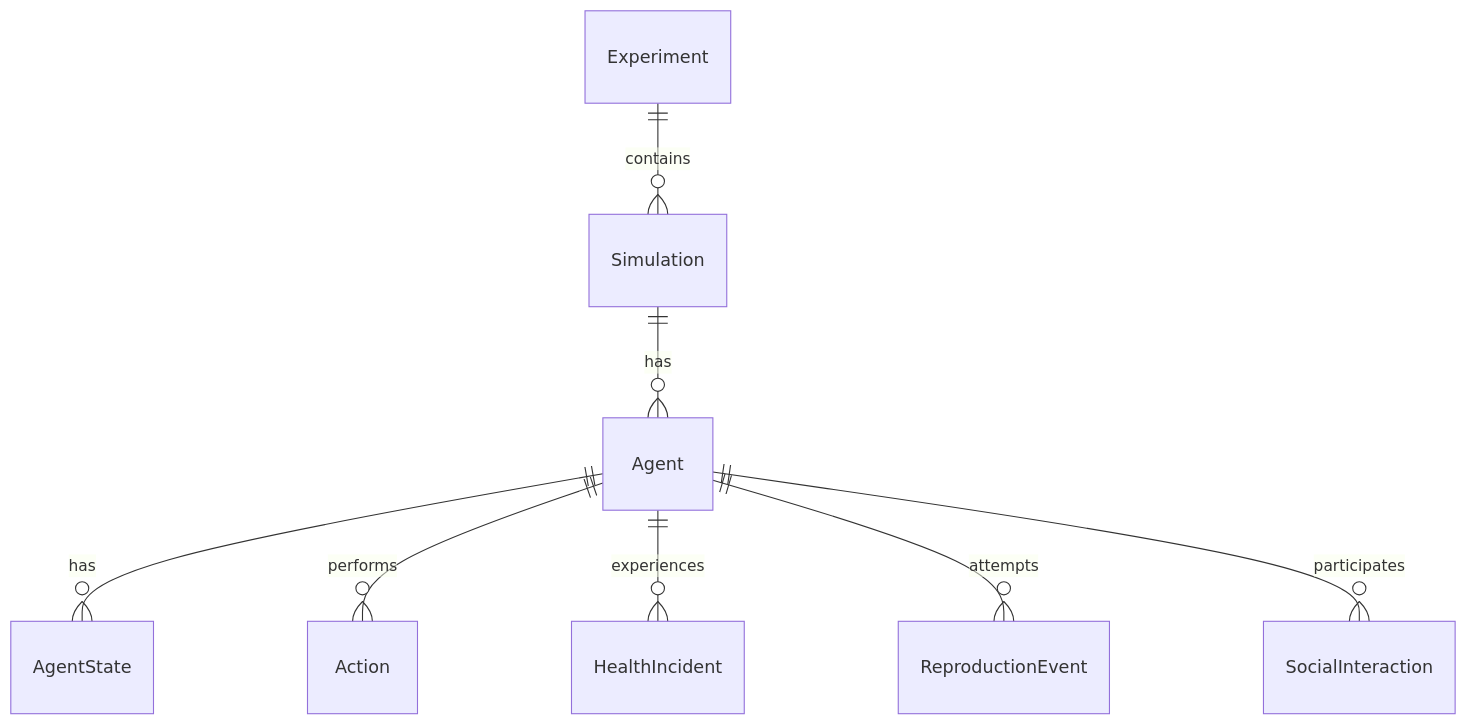
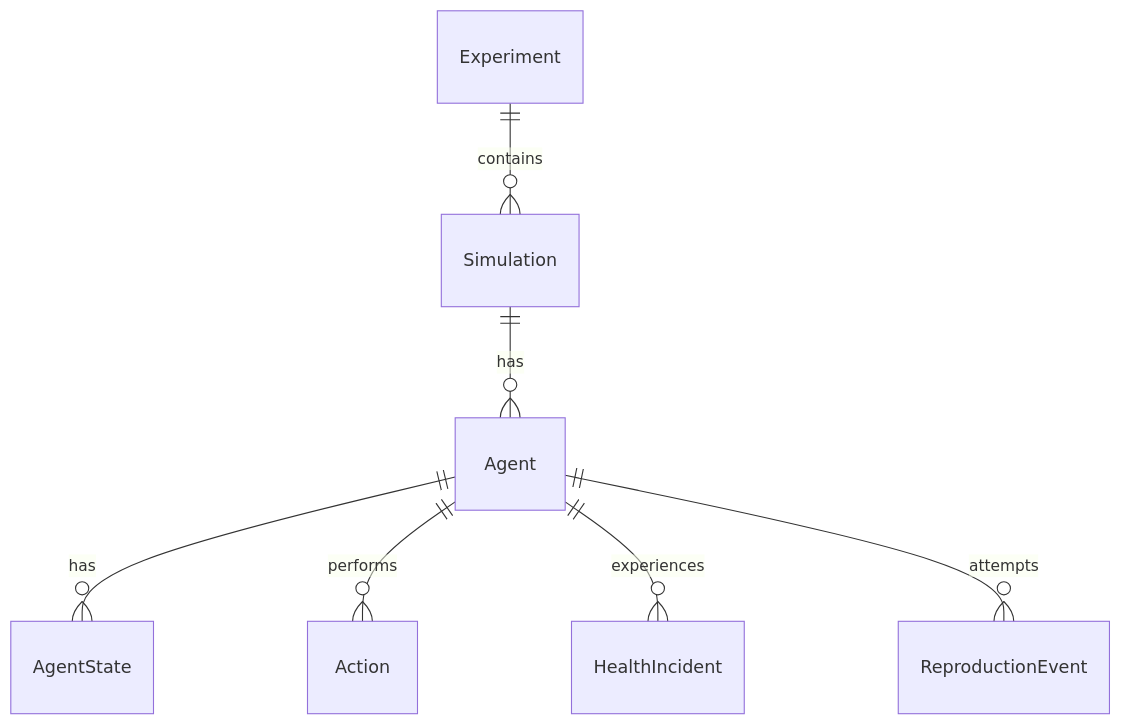
Before and after one commit to Dooders/AgentFarm: the second of 2 diagrams in docs/data/database_schema.md, drawn with Mermaid. The commit also changed other lines of this file and 13 other files, not shown here.

````diff
--- a/docs/data/database_schema.md
+++ b/docs/data/database_schema.md
@@ -96,10 +96,9 @@
 ```mermaid
 erDiagram
     Experiment ||--o{ Simulation : contains
     Simulation ||--o{ Agent : has
     Agent ||--o{ AgentState : has
     Agent ||--o{ Action : performs
     Agent ||--o{ HealthIncident : experiences
     Agent ||--o{ ReproductionEvent : attempts
-    Agent ||--o{ SocialInteraction : participates
 ```
````
